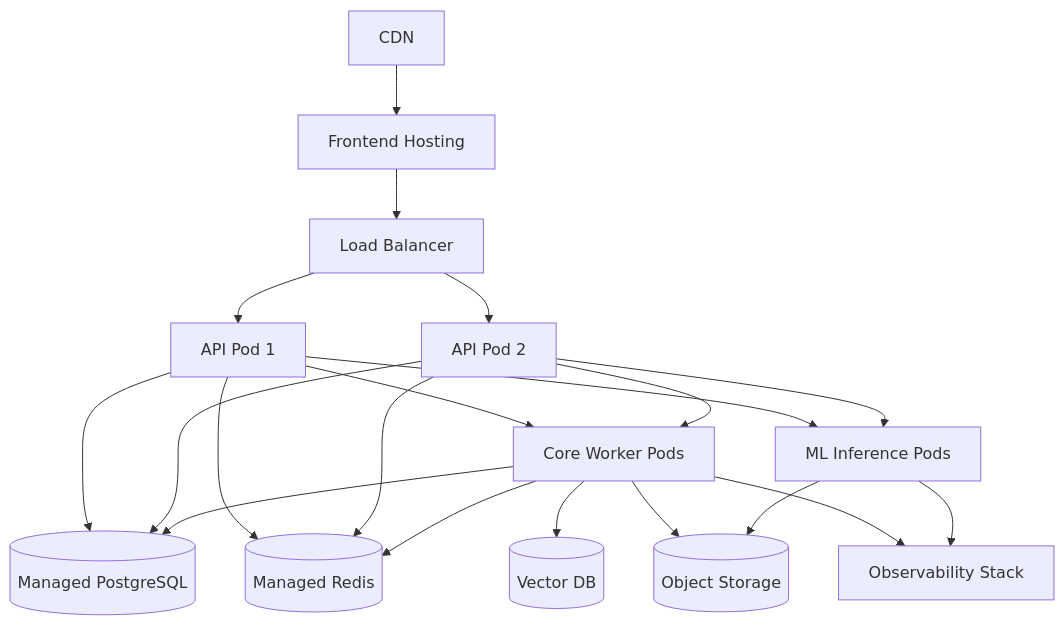
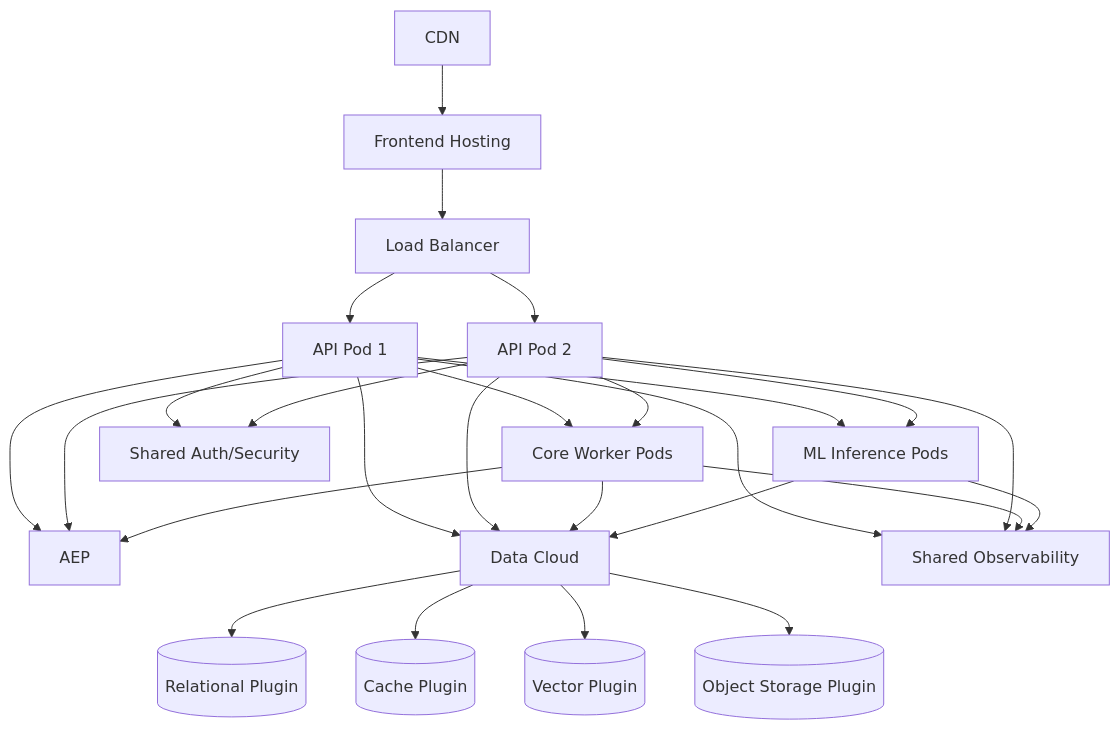
Before and after one commit to samujjwal/ghatana: the fourth of 4 diagrams in products/aura/docs/Aura_C4_Architecture_Diagrams.md, drawn with Mermaid. The commit also changed other lines of this file and 654 other files, not shown here.

````diff
--- a/products/aura/docs/Aura_C4_Architecture_Diagrams.md
+++ b/products/aura/docs/Aura_C4_Architecture_Diagrams.md
@@ -109,22 +127,28 @@
 ```mermaid
 flowchart TB
   CDN[CDN] --> FE[Frontend Hosting]
   FE --> LB[Load Balancer]
   LB --> API1[API Pod 1]
   LB --> API2[API Pod 2]
   API1 --> CORE[Core Worker Pods]
   API2 --> CORE
   API1 --> ML[ML Inference Pods]
   API2 --> ML
-  API1 --> DB[(Managed PostgreSQL)]
-  API2 --> DB
-  API1 --> REDIS[(Managed Redis)]
-  API2 --> REDIS
-  CORE --> DB
-  CORE --> REDIS
-  CORE --> VEC[(Vector DB)]
-  CORE --> OBJ[(Object Storage)]
-  CORE --> OBS[Observability Stack]
-  ML --> OBJ
+  API1 --> AEP[AEP]
+  API2 --> AEP
+  CORE --> AEP
+  API1 --> DC[Data Cloud]
+  API2 --> DC
+  CORE --> DC
+  ML --> DC
+  API1 --> AUTH[Shared Auth/Security]
+  API2 --> AUTH
+  API1 --> OBS[Shared Observability]
+  API2 --> OBS
+  CORE --> OBS
   ML --> OBS
+  DC --> DB[(Relational Plugin)]
+  DC --> REDIS[(Cache Plugin)]
+  DC --> VEC[(Vector Plugin)]
+  DC --> OBJ[(Object Storage Plugin)]
 ```
````
